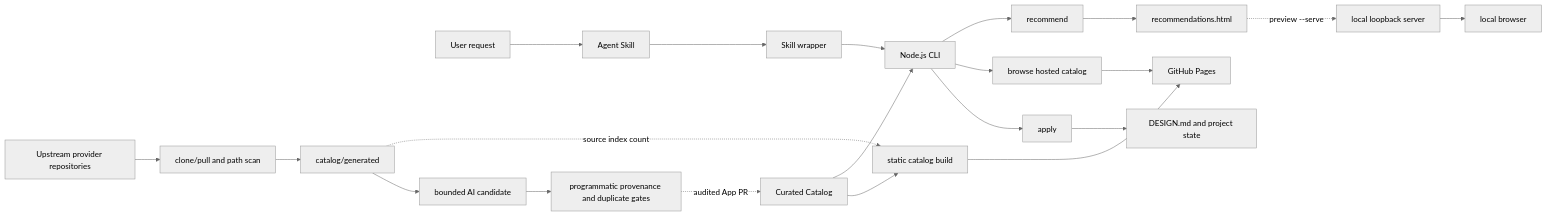
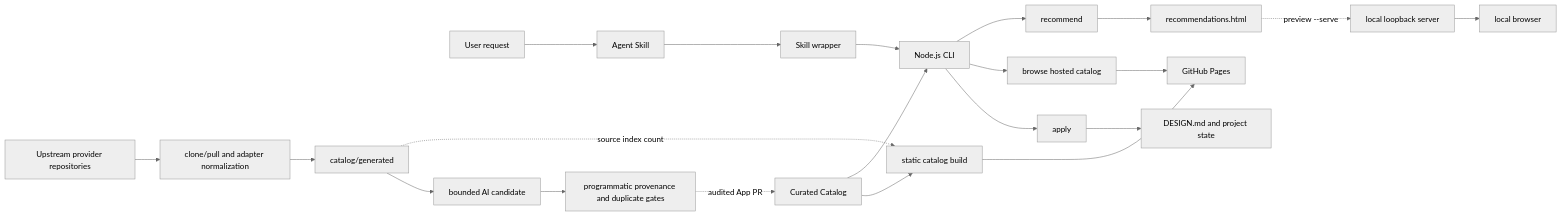
The diagram in docs/IMPLEMENTATION.md (coconilu/ai-ui-style-director), drawn with Mermaid (neutral theme) before and after one commit. The commit also changed other lines of this file and 33 other files, not shown here.

````diff
--- a/docs/IMPLEMENTATION.md
+++ b/docs/IMPLEMENTATION.md
@@ -13,23 +13,23 @@
 ```mermaid
 flowchart LR
   U[User request] --> S[Agent Skill]
   S --> W[Skill wrapper]
   W --> C[Node.js CLI]
   K[Curated Catalog] --> C
   C --> R[recommend]
   C --> B[browse hosted catalog]
   C --> A[apply]
   R --> H[recommendations.html]
   H -. preview --serve .-> L[local loopback server]
   L --> V[local browser]
   K --> X[static catalog build]
   X --> PAGES[GitHub Pages]
   B --> PAGES
   A --> D[DESIGN.md and project state]
-  P[Upstream provider repositories] --> G[clone/pull and path scan]
+  P[Upstream provider repositories] --> G[clone/pull and adapter normalization]
   G --> I[catalog/generated]
   I -. source index count .-> X
   I --> Q[bounded AI candidate]
   Q --> T[programmatic provenance and duplicate gates]
   T -. audited App PR .-> K
 ```
````
